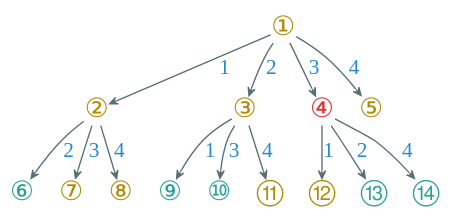
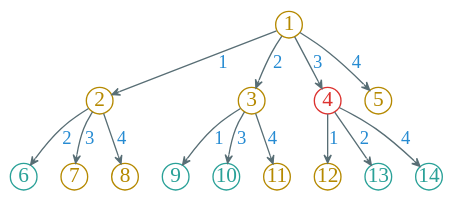
One commit to Avanti1980/course-alg changed the diagram in dot/four-queen-bb-solve4.dot. Above: the diagram before and after it, drawn with Graphviz. The commit also changed 20 other files, not shown here.

```diff
--- a/dot/four-queen-bb-solve4.dot
+++ b/dot/four-queen-bb-solve4.dot
@@ -1,43 +1,42 @@
 digraph g {
     bgcolor=transparent
     rankdir=TB
     graph [nodesep=0.25, ranksep=0.3]
-    node [shape=plain, color="#586e75", fontcolor="#b58900", fontsize=20, fontname="LXGWWenKai"]
-    edge [arrowhead=vee, color="#586e75", fontcolor="#268bd2", fontsize=16, fontname="LXGWWenKai" arrowsize=0.6]
+    node [shape=circle, fixedsize=true, width=0.28, color="#b58900", fontcolor="#b58900", fontsize=16, fontname="LXGWWenKai"]
+    edge [arrowhead=vee, color="#586e75", fontcolor="#268bd2", fontsize=14, fontname="LXGWWenKai" arrowsize=0.6]
 
-    ① -> ② [label="1"]
-    ① -> ③ [label="2"]
+    1 -> 2 [label="1"]
+    1 -> 3 [label="2"]
 
-    node [fontcolor="#dc322f"]
+    node [color="#dc322f", fontcolor="#dc322f"]
 
-    ① -> ④ [label="3"]
+    1 -> 4 [label="3"]
 
-    node [fontcolor="#b58900"]
+    node [color="#b58900", fontcolor="#b58900"]
 
-    ① -> ⑤ [label="4"]
+    1 -> 5 [label="4"]
 
-    node [fontcolor="#2aa198"]
+    node [color="#2aa198", fontcolor="#2aa198"]
 
-    ② -> ⑥ [label="2"]
+    2 -> 6 [label="2"]
 
-    node [fontcolor="#b58900"]
+    node [color="#b58900", fontcolor="#b58900"]
 
-    ② -> ⑦ [label="3"]
-    ② -> ⑧ [label="4"]
+    2 -> 7 [label="3"]
+    2 -> 8 [label="4"]
 
-    node [fontcolor="#2aa198"]
+    node [color="#2aa198", fontcolor="#2aa198"]
 
-    ③ -> ⑨ [label="1"]
-    ③ -> ⑩ [label="3"]
+    3 -> 9 [label="1"]
+    3 -> 10 [label="3"]
 
-    node [fontcolor="#b58900"]
+    node [color="#b58900", fontcolor="#b58900"]
 
-    ③ -> ⑪ [label="4"]
+    3 -> 11 [label="4"]
+    4 -> 12 [label="1"]
 
-    ④ -> ⑫ [label="1"]
+    node [color="#2aa198", fontcolor="#2aa198"]
 
-    node [fontcolor="#2aa198"]
-
-    ④ -> ⑬ [label="2"]
-    ④ -> ⑭ [label="4"]
+    4 -> 13 [label="2"]
+    4 -> 14 [label="4"]
 }
```
